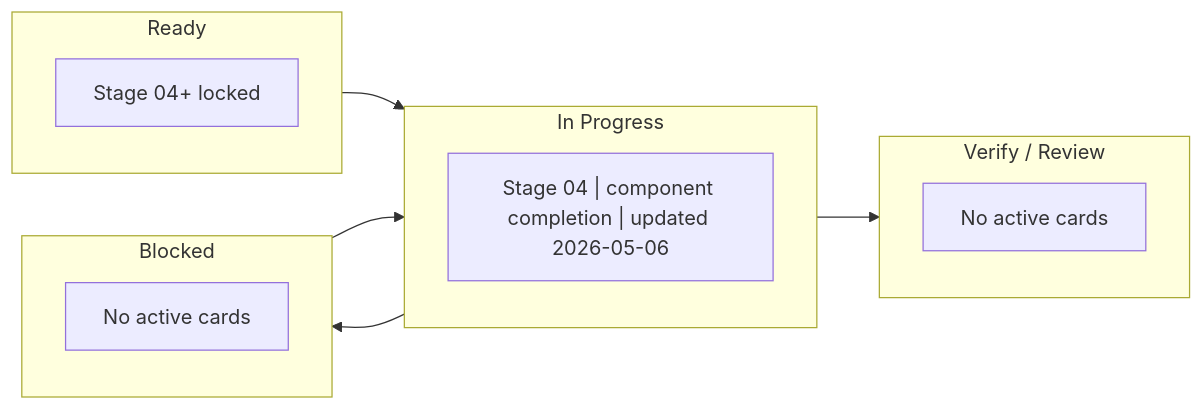
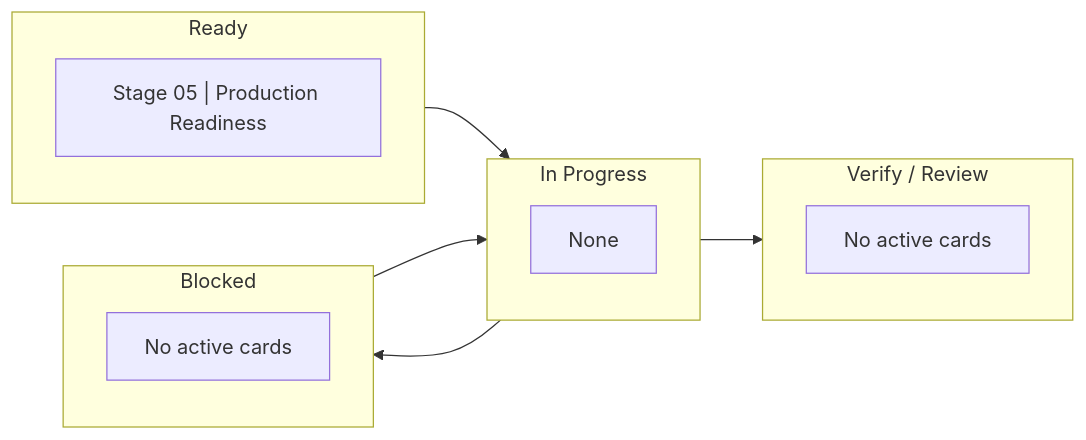
Before and after one commit to shomsy/avax: the diagram in .agents/management/ACTIVE.md, drawn with Mermaid. The commit also changed other lines of this file and 2166 other files, not shown here.

````diff
--- a/.agents/management/ACTIVE.md
+++ b/.agents/management/ACTIVE.md
@@ -20,23 +20,23 @@
 ```mermaid
 flowchart LR
     subgraph Ready["Ready"]
-        R0["Stage 04+ locked"]
+        R0["Stage 05 | Production Readiness"]
     end
 
     subgraph InProgress["In Progress"]
-        P0["Stage 04 | component completion | updated 2026-05-06"]
+        P0["None"]
     end
 
     subgraph Blocked["Blocked"]
         B0["No active cards"]
     end
 
     subgraph Verify["Verify / Review"]
         V0["No active cards"]
     end
 
     Ready --> InProgress
     InProgress --> Verify
     InProgress --> Blocked
     Blocked --> InProgress
 ```
````
